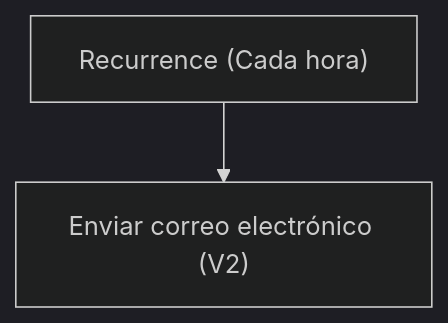
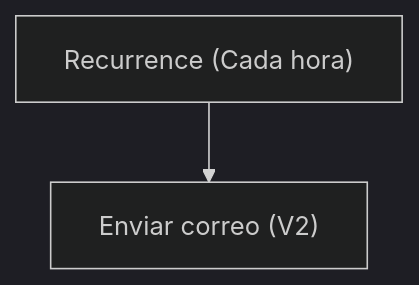
One commit to DeltaSoul/bizz-summit-2026-alm-ai-demo changed the second of 2 diagrams in src/solutions/TestSolution1/TECHNICAL_SPEC.md. Above: the diagram before and after it, drawn with Mermaid (dark theme). The commit also changed other lines of this file and 1 other file, not shown here.

````diff
--- a/src/solutions/TestSolution1/TECHNICAL_SPEC.md
+++ b/src/solutions/TestSolution1/TECHNICAL_SPEC.md
@@ -54,4 +51,4 @@
 ```mermaid
 flowchart TD
-  A["Recurrence (Cada hora)"] --> B["Enviar correo electrónico (V2)"]
+  A["Recurrence (Cada hora)"] --> B["Enviar correo (V2)"]
 ```
````
